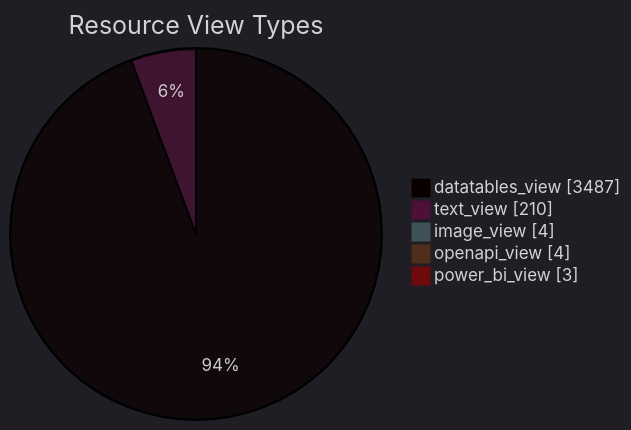
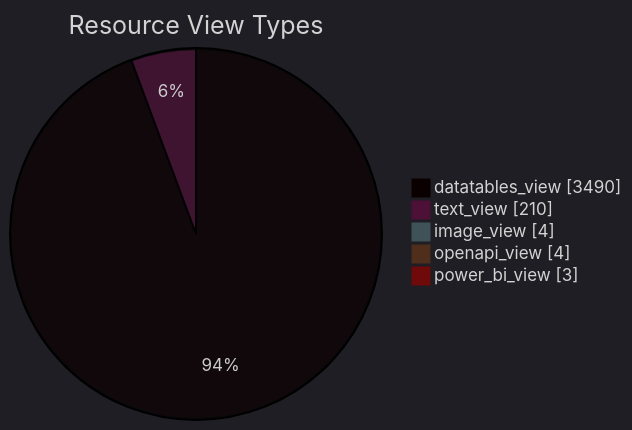
One commit to open-data/analytics-corporate-reporting changed the diagram in datastore_tracker/resource_view_types_pie_chart.md. Above: the diagram before and after it, drawn with Mermaid. The commit also changed 9 other files, not shown here.

````diff
--- a/datastore_tracker/resource_view_types_pie_chart.md
+++ b/datastore_tracker/resource_view_types_pie_chart.md
@@ -2,12 +2,12 @@
 ```mermaid
 ---
 config:
   theme: dark
 ---
 pie showData title Resource View Types
-    "datatables_view": 3487
+    "datatables_view": 3490
     "text_view": 210
     "image_view": 4
     "openapi_view": 4
     "power_bi_view": 3
 ```
````
